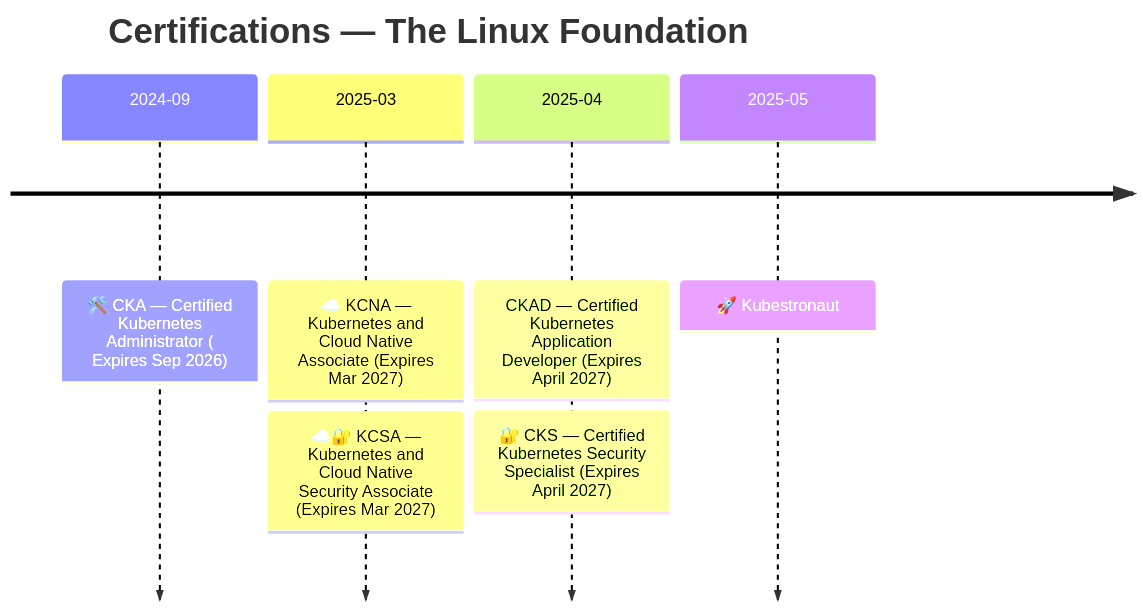
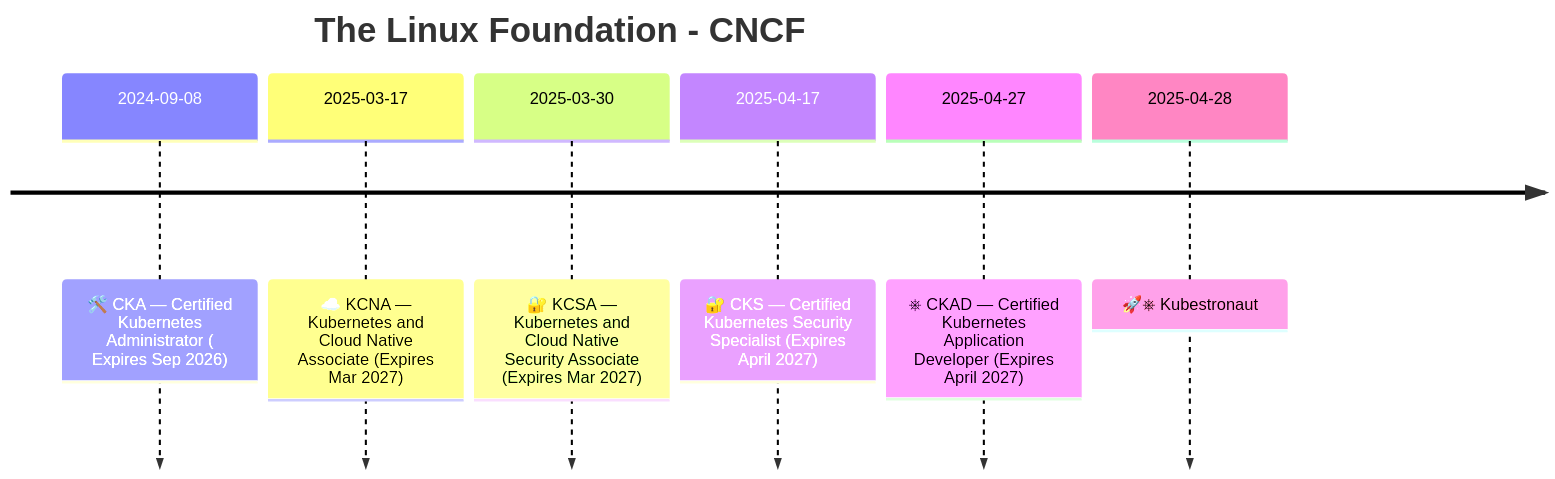
Before and after one commit to sanchirjav/sanchirjav: the diagram in README.md, drawn with Mermaid.

````diff
--- a/README.md
+++ b/README.md
@@ -106,14 +106,11 @@
 ```mermaid
 timeline
-    title Certifications — The Linux Foundation
+    title The Linux Foundation - CNCF
 
-    2024-09 : 🛠️ CKA — Certified Kubernetes Administrator ( Expires Sep 2026)
-
-    2025-03 : ☁️ KCNA — Kubernetes and Cloud Native Associate (Expires Mar 2027)
-            : ☁️🔐 KCSA — Kubernetes and Cloud Native Security Associate  (Expires Mar 2027)
-
-    2025-04 : CKAD — Certified Kubernetes Application Developer (Expires April 2027)
-            : 🔐 CKS — Certified Kubernetes Security Specialist (Expires April 2027)
-
-    2025-05 : 🚀 Kubestronaut
+    2024-09-08 : 🛠️ CKA — Certified Kubernetes Administrator ( Expires Sep 2026)
+    2025-03-17 : ☁️ KCNA — Kubernetes and Cloud Native Associate (Expires Mar 2027)
+    2025-03-30 : 🔐 KCSA — Kubernetes and Cloud Native Security Associate  (Expires Mar 2027)
+    2025-04-17 : 🔐 CKS — Certified Kubernetes Security Specialist (Expires April 2027)
+    2025-04-27 : ⎈ CKAD — Certified Kubernetes Application Developer (Expires April 2027)
+    2025-04-28 : 🚀⎈ Kubestronaut
 ```
````
